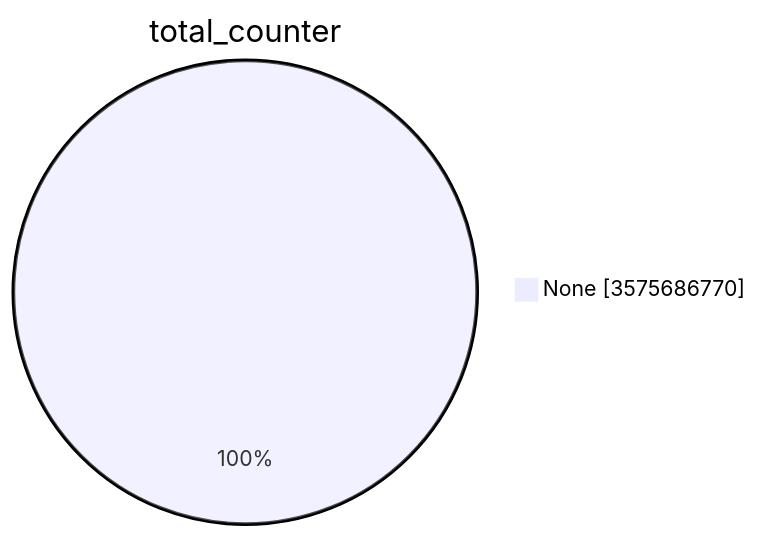
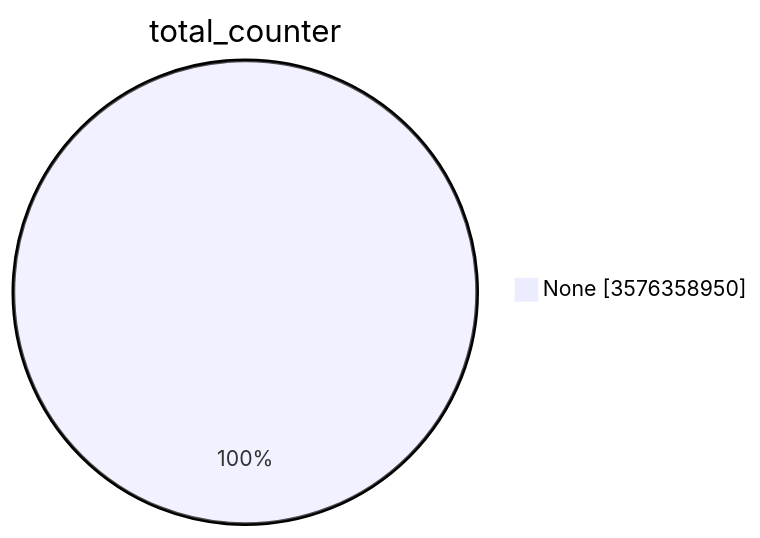
Before and after one commit to christiankrug/ctmonitor_visualization: the first of 15 diagrams in TOTAL/README.md, drawn with Mermaid. The commit also changed other lines of this file, not shown here.

````diff
--- a/TOTAL/README.md
+++ b/TOTAL/README.md
@@ -1,5 +1,5 @@
 ```mermaid
 pie showData
 title total_counter
-"None" :3575686770
+"None" :3576358950
 ```
````
